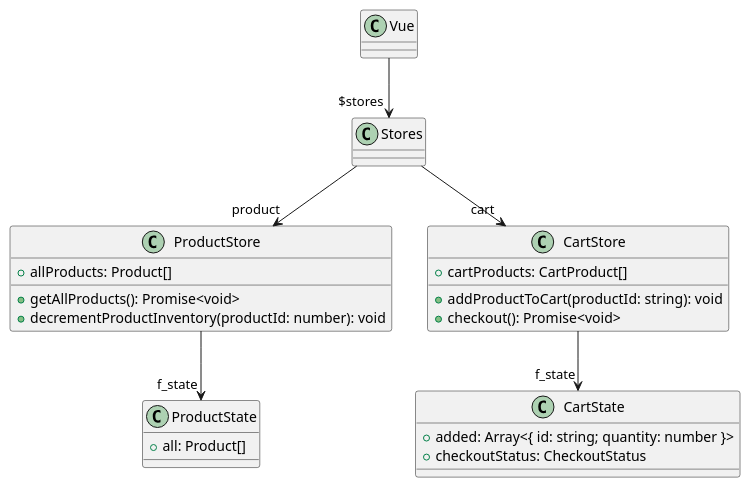
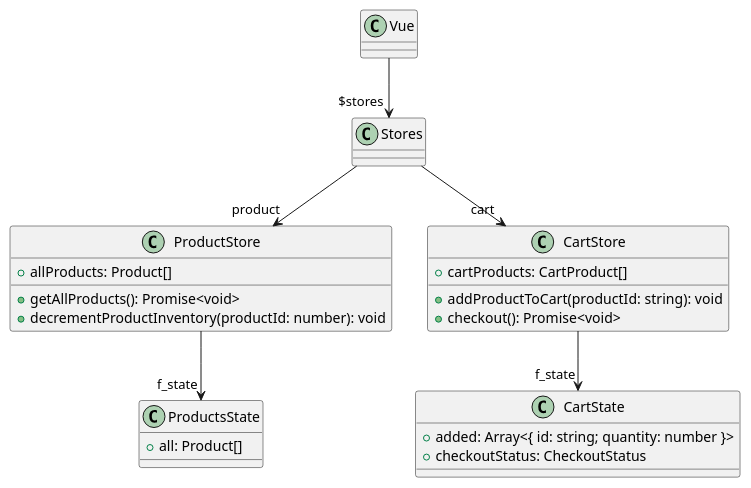
Before and after one commit to masterpg/vue-front-lib: the diagram in docs/material.puml, drawn with PlantUML. The commit also changed 28 other files, not shown here.

```diff
--- a/docs/material.puml
+++ b/docs/material.puml
@@ -1,34 +1,34 @@
 @startuml{OnlyBox.png}
 class Vue {
 }
 
 class Stores {
 }
 
-class ProductState {
+class ProductsState {
   +all: Product[]
 }
 
 class ProductStore {
   +allProducts: Product[]
   +getAllProducts(): Promise<void>
   +decrementProductInventory(productId: number): void
 }
 
 class CartState {
   +added: Array<{ id: string; quantity: number }>
   +checkoutStatus: CheckoutStatus
 }
 
 class CartStore {
   +cartProducts: CartProduct[]
   +addProductToCart(productId: string): void
   +checkout(): Promise<void>
 }
 
 Vue -do-> "$stores" Stores
 Stores -do-> "product" ProductStore
 Stores -do-> "cart" CartStore
-ProductStore -do-> "f_state" ProductState
+ProductStore -do-> "f_state" ProductsState
 CartStore -do-> "f_state" CartState
 @enduml
```
